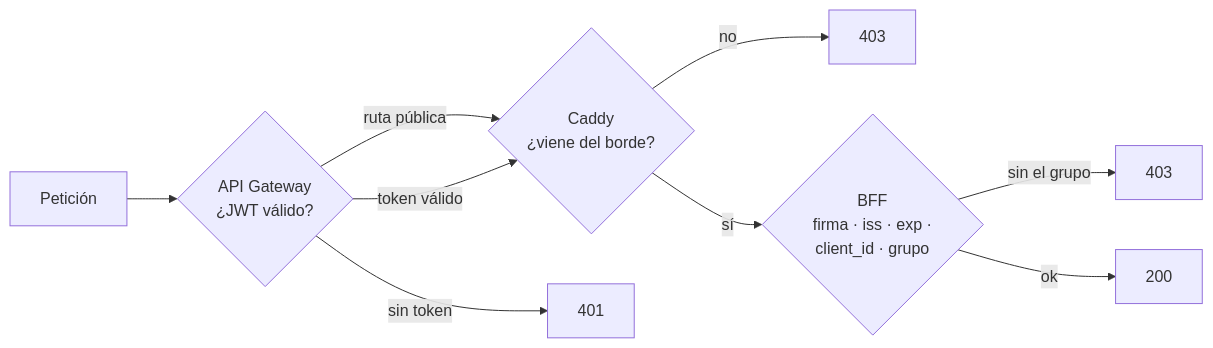
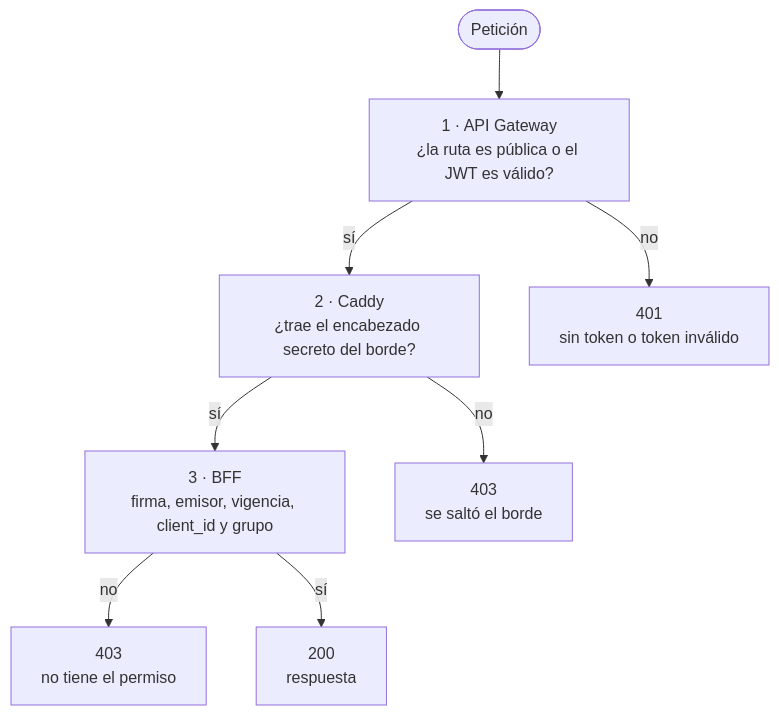
Before and after one commit to Martinnnn-ops/cacha-el-precio: the third of 6 diagrams in README.md, drawn with Mermaid.

Commit message:
docs(readme): el diagrama de seguridad pasa a vertical para que se vea completo

````diff
--- a/README.md
+++ b/README.md
@@ -132,11 +132,19 @@
 ```mermaid
-flowchart LR
-    R["Petición"] --> A{"API Gateway<br/>¿JWT válido?"}
-    A -- "ruta pública" --> B
-    A -- "sin token" --> X1["401"]
-    A -- "token válido" --> B{"Caddy<br/>¿viene del borde?"}
-    B -- "no" --> X2["403"]
-    B -- "sí" --> C{"BFF<br/>firma · iss · exp ·<br/>client_id · grupo"}
-    C -- "sin el grupo" --> X3["403"]
-    C -- "ok" --> OK["200"]
+flowchart TD
+    R(["Petición"])
+    A["1 · API Gateway<br/>¿la ruta es pública o el JWT es válido?"]
+    B["2 · Caddy<br/>¿trae el encabezado secreto del borde?"]
+    C["3 · BFF<br/>firma, emisor, vigencia, client_id y grupo"]
+    E401["401<br/>sin token o token inválido"]
+    E403a["403<br/>se saltó el borde"]
+    E403b["403<br/>no tiene el permiso"]
+    OK["200<br/>respuesta"]
+
+    R --> A
+    A -->|no| E401
+    A -->|sí| B
+    B -->|no| E403a
+    B -->|sí| C
+    C -->|no| E403b
+    C -->|sí| OK
 ```
````
